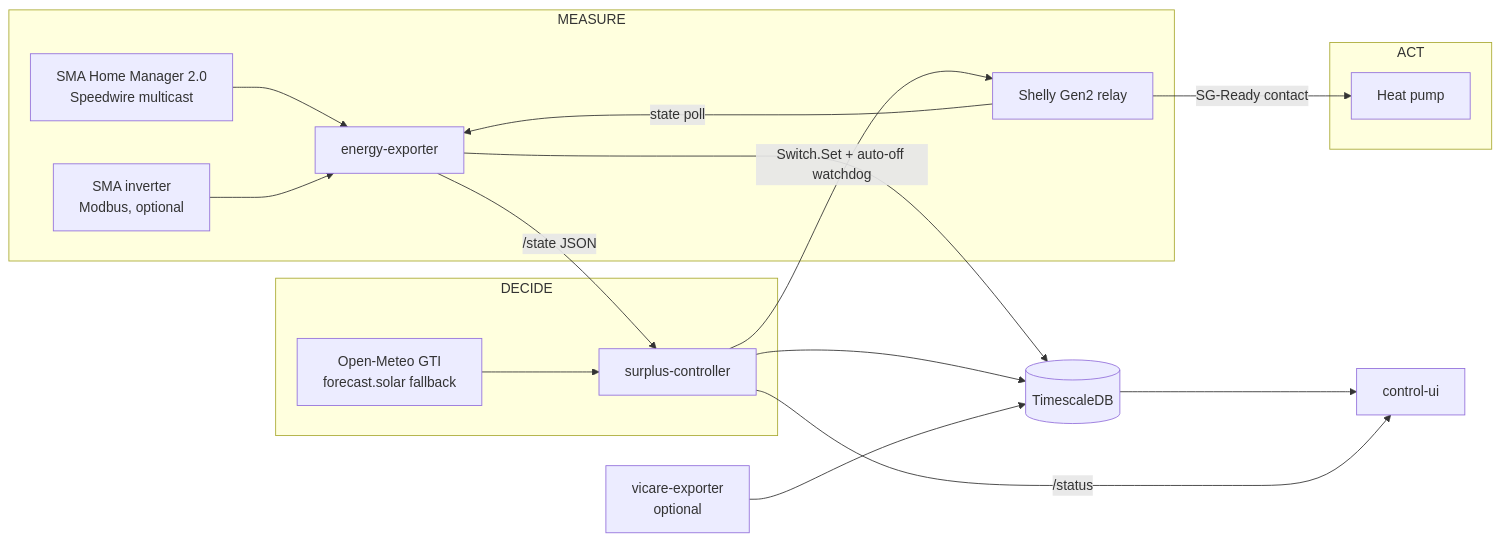
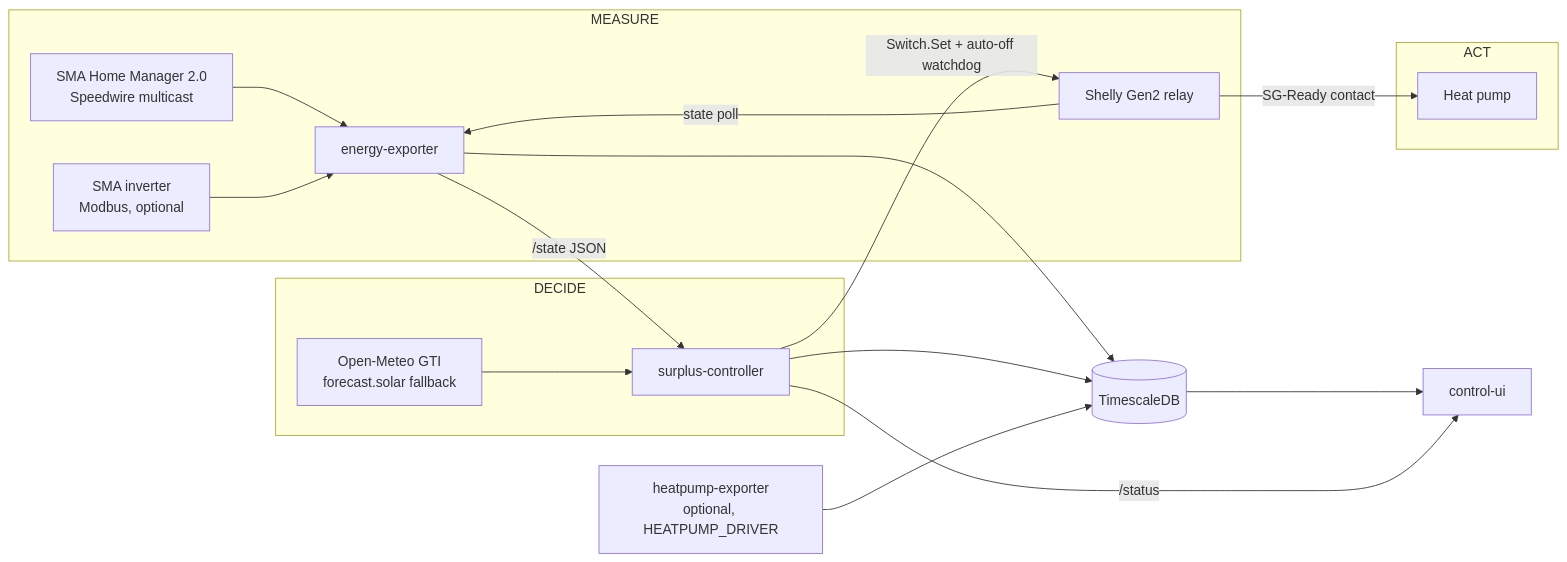
The diagram in README.md (slippyex/sunsteer), drawn with Mermaid before and after one commit. The commit also changed other lines of this file and 6 other files, not shown here.

````diff
--- a/README.md
+++ b/README.md
@@ -97,21 +97,21 @@
 ```mermaid
 flowchart LR
   subgraph MEASURE
     SHM[SMA Home Manager 2.0<br/>Speedwire multicast] --> EXP[energy-exporter]
     SHELLY[Shelly Gen2 relay] -->|state poll| EXP
     INV[SMA inverter<br/>Modbus, optional] --> EXP
   end
   subgraph DECIDE
     EXP -->|/state JSON| CTRL[surplus-controller]
     OM[Open-Meteo GTI<br/>forecast.solar fallback] --> CTRL
   end
   subgraph ACT
     CTRL -->|Switch.Set + auto-off watchdog| SHELLY
     SHELLY -->|SG-Ready contact| HP[Heat pump]
   end
   EXP --> TSDB[(TimescaleDB)]
   CTRL --> TSDB
   TSDB --> UI[control-ui]
   CTRL -->|/status| UI
-  VICARE[vicare-exporter<br/>optional] --> TSDB
+  HPEXP[heatpump-exporter<br/>optional, HEATPUMP_DRIVER] --> TSDB
 ```
````
